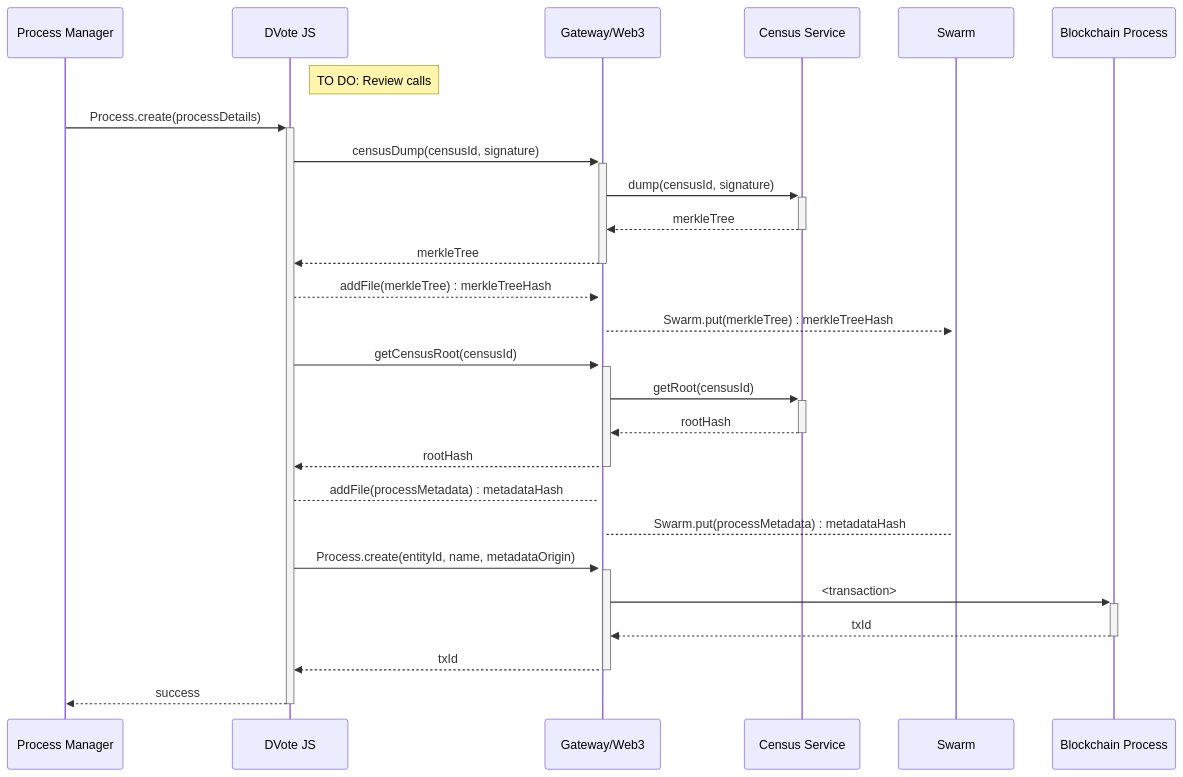
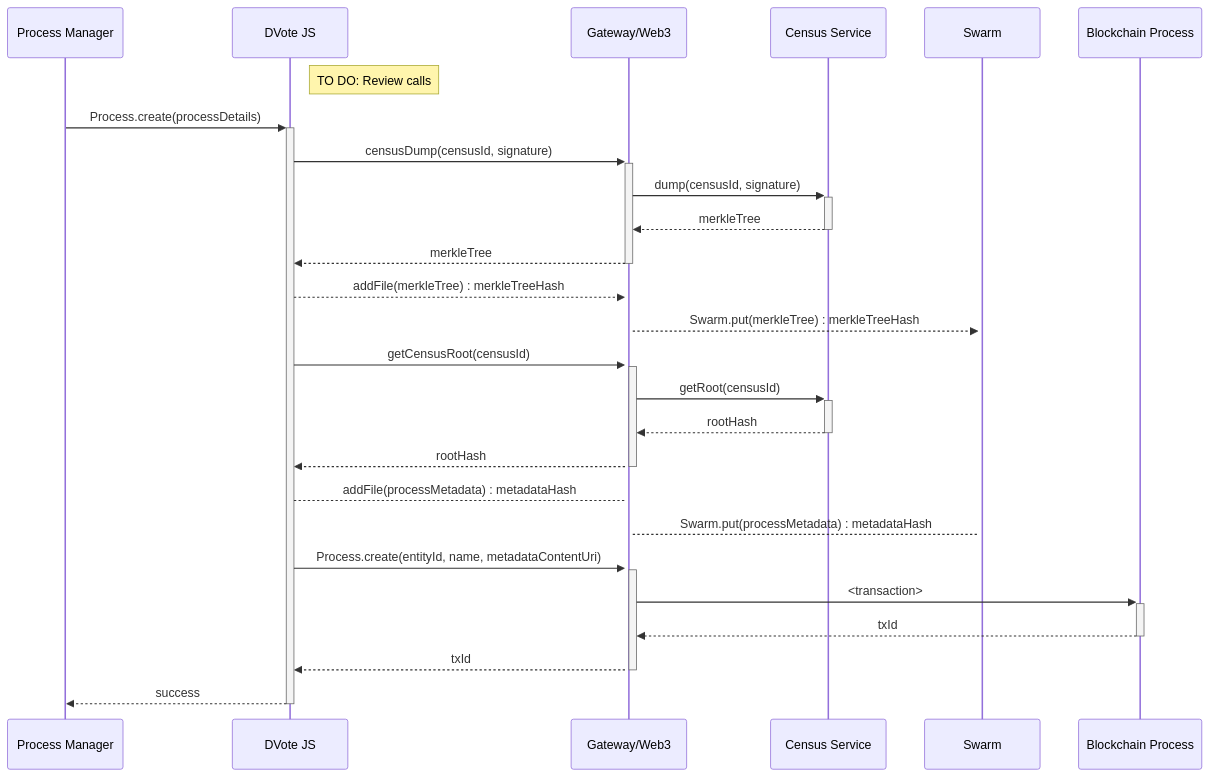
One commit to vocdoni/docs changed the fifth of 13 diagrams in docs/protocol/sequence-diagrams.md. Above: the diagram before and after it, drawn with Mermaid. The commit also changed other lines of this file and 2 other files, not shown here.

Commit message:
Entity Metadata WIP

````diff
--- a/docs/protocol/sequence-diagrams.md
+++ b/docs/protocol/sequence-diagrams.md
@@ -228,36 +228,36 @@
 ```mermaid
 sequenceDiagram
     participant PM as Process Manager
     participant DV as DVote JS
     participant GW as Gateway/Web3
     participant CS as Census Service
     participant SW as Swarm
     participant BC as Blockchain Process
 
     Note right of DV: TO DO: Review calls
 
     PM->>+DV: Process.create(processDetails)
 
         DV->>+GW: censusDump(censusId, signature)
         GW->>+CS: dump(censusId, signature)
         CS-->>-GW: merkleTree
         GW-->>-DV: merkleTree
 
         DV-->>+GW: addFile(merkleTree) : merkleTreeHash
         GW-->>+SW: Swarm.put(merkleTree) : merkleTreeHash
 
         DV->>+GW: getCensusRoot(censusId)
         GW->>+CS: getRoot(censusId)
         CS-->>-GW: rootHash
         GW-->>-DV: rootHash
 
         DV-->GW: addFile(processMetadata) : metadataHash
         GW-->SW: Swarm.put(processMetadata) : metadataHash
 
-        DV->>+GW: Process.create(entityId, name, metadataOrigin)
+        DV->>+GW: Process.create(entityId, name, metadataContentUri)
             GW->>+BC: <transaction>
             BC-->>-GW: txId
         GW-->>-DV: txId
 
     DV-->>-PM: success
 ```
````
